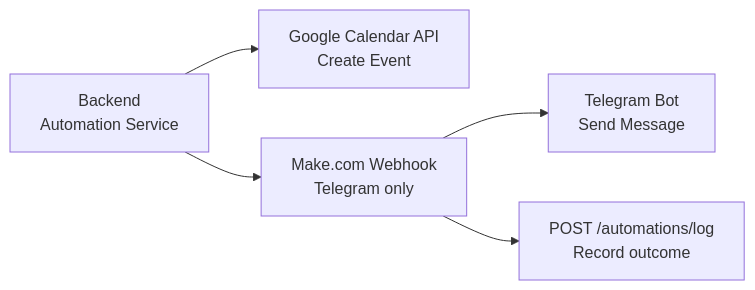
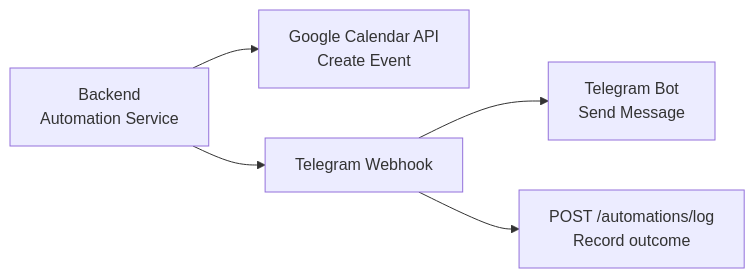
One commit to AdharshJolly/Academix changed the seventh of 9 diagrams in docs/ARCHITECTURE.md. Above: the diagram before and after it, drawn with Mermaid. The commit also changed other lines of this file and 18 other files, not shown here.

Commit message:
feat: update environment configuration, refactor automation callbacks, and enhance attendance API tests; replace Make.com references with Telegram support

````diff
--- a/docs/ARCHITECTURE.md
+++ b/docs/ARCHITECTURE.md
@@ -188,7 +188,7 @@
 ```mermaid
 flowchart LR
     BE["Backend\nAutomation Service"] --> CAL["Google Calendar API\nCreate Event"]
-    BE --> MAKE["Make.com Webhook\nTelegram only"]
+    BE --> MAKE["Telegram Webhook"]
     MAKE --> WA["Telegram Bot\nSend Message"]
     MAKE --> LOG["POST /automations/log\nRecord outcome"]
 ```
````
